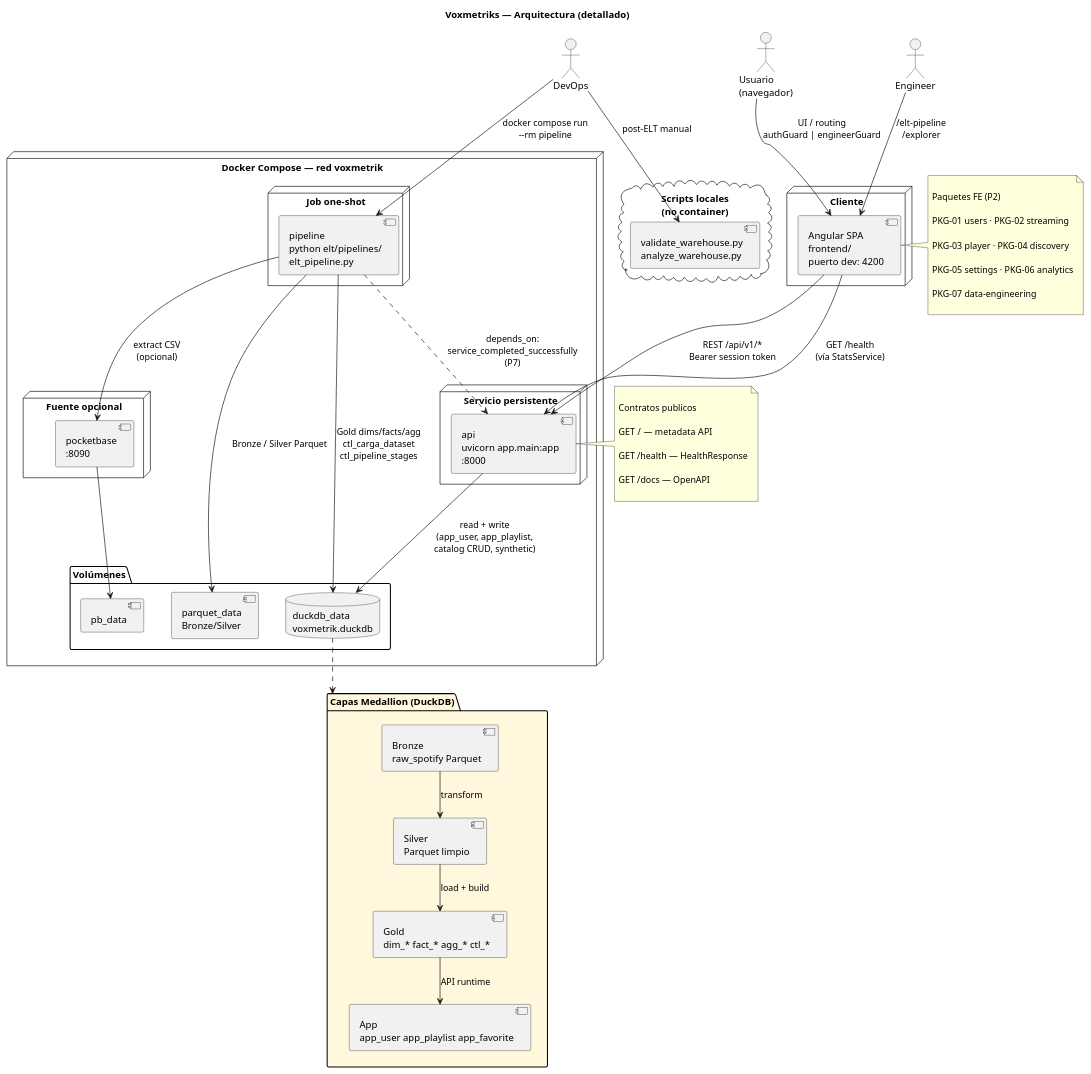
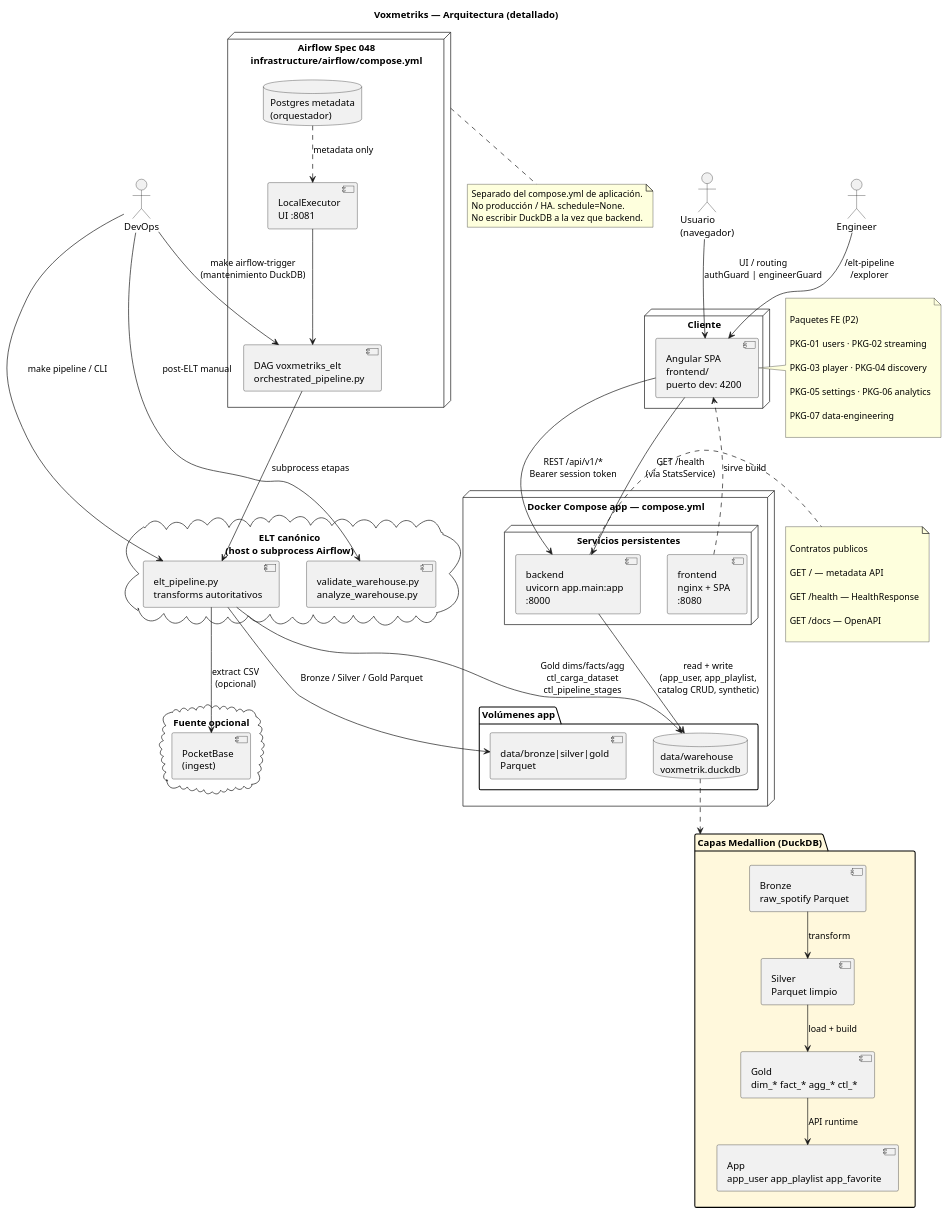
One commit to JosephACS/VOXMETRIKS changed the diagram in docs/uml/architecture/03-architecture-detailed.puml. Above: the diagram before and after it, drawn with PlantUML. The commit also changed 31 other files, not shown here.

Commit message:
feat(elt): orchestrate canonical pipeline with Airflow

```diff
--- a/docs/uml/architecture/03-architecture-detailed.puml
+++ b/docs/uml/architecture/03-architecture-detailed.puml
@@ -1,173 +1,193 @@
 @startuml voxmetriks-architecture-detailed
 
 ' Version detallada original (puede fallar en PlantUML web por card/storage/portin)
 
 ' Usar 03-architecture.puml para export PNG
 
 
 
 skinparam nodesep 40
 
 skinparam ranksep 50
 
 
 
 title Voxmetriks — Arquitectura (detallado)
 
 
 
 actor "Usuario\n(navegador)" as Browser
 
 actor "Engineer" as Eng
 
 actor "DevOps" as Ops
 
 
 
 node "Cliente" {
 
   component "Angular SPA\nfrontend/\npuerto dev: 4200" as SPA
 
 }
 
 
 
-node "Docker Compose — red voxmetrik" as Compose {
+node "Docker Compose app — compose.yml" as Compose {
 
 
 
-  node "Job one-shot" as Job {
+  node "Servicios persistentes" as Svc {
 
-    component "pipeline\npython elt/pipelines/\nelt_pipeline.py" as Pipeline
+    component "backend\nuvicorn app.main:app\n:8000" as API
+
+    component "frontend\nnginx + SPA\n:8080" as FEDocker
 
   }
 
 
 
-  node "Servicio persistente" as Svc {
+  folder "Volúmenes app" as Vol {
 
-    component "api\nuvicorn app.main:app\n:8000" as API
+    database "data/warehouse\nvoxmetrik.duckdb" as VDB
 
-  }
-
-
-
-  node "Fuente opcional" as Src {
-
-    component "pocketbase\n:8090" as PB
-
-  }
-
-
-
-  folder "Volúmenes" as Vol {
-
-    database "duckdb_data\nvoxmetrik.duckdb" as VDB
-
-    component "parquet_data\nBronze/Silver" as VPQ
-
-    component "pb_data" as VPB
+    component "data/bronze|silver|gold\nParquet" as VPQ
 
   }
 
 }
 
 
 
-cloud "Scripts locales\n(no container)" as Local {
+node "Airflow Spec 048\ninfrastructure/airflow/compose.yml" as AF {
+
+
+
+  component "LocalExecutor\nUI :8081" as AirflowUI
+
+  database "Postgres metadata\n(orquestador)" as AFMeta
+
+  component "DAG voxmetriks_elt\norchestrated_pipeline.py" as DAG
+
+}
+
+
+
+cloud "ELT canónico\n(host o subprocess Airflow)" as LocalELT {
+
+  component "elt_pipeline.py\ntransforms autoritativos" as Pipeline
 
   component "validate_warehouse.py\nanalyze_warehouse.py" as Scripts
+
+}
+
+
+
+cloud "Fuente opcional" as Src {
+
+  component "PocketBase\n(ingest)" as PB
 
 }
 
 
 
 Browser --> SPA : UI / routing\nauthGuard | engineerGuard
 
 Eng --> SPA : /elt-pipeline\n/explorer
 
 SPA --> API : REST /api/v1/*\nBearer session token
 
 SPA --> API : GET /health\n(vía StatsService)
 
+FEDocker ..> SPA : sirve build
 
 
-Ops --> Pipeline : docker compose run\n--rm pipeline
+
+Ops --> Pipeline : make pipeline / CLI
+
+Ops --> DAG : make airflow-trigger\n(mantenimiento DuckDB)
 
 Ops --> Scripts : post-ELT manual
 
 
 
+AirflowUI --> DAG
+
+DAG --> Pipeline : subprocess etapas
+
+AFMeta ..> AirflowUI : metadata only
+
+
+
 Pipeline --> PB : extract CSV\n(opcional)
 
-Pipeline --> VPQ : Bronze / Silver Parquet
+Pipeline --> VPQ : Bronze / Silver / Gold Parquet
 
 Pipeline --> VDB : Gold dims/facts/agg\nctl_carga_dataset\nctl_pipeline_stages
 
 API --> VDB : read + write\n(app_user, app_playlist,\ncatalog CRUD, synthetic)
 
 
 
-PB --> VPB
-
-
-
-Pipeline ..> API : depends_on:\nservice_completed_successfully\n(P7)
+note bottom of AF
+  Separado del compose.yml de aplicación.
+  No producción / HA. schedule=None.
+  No escribir DuckDB a la vez que backend.
+end note
 
 
 
 package "Capas Medallion (DuckDB)" as Layers #FFF8DC {
 
   component "Bronze\nraw_spotify Parquet" as B
 
   component "Silver\nParquet limpio" as S
 
   component "Gold\ndim_* fact_* agg_* ctl_*" as G
 
   component "App\napp_user app_playlist app_favorite" as A
 
   B -down-> S : transform
 
   S -down-> G : load + build
 
   G -down-> A : API runtime
 
 }
 
 
 
 VDB ..> Layers
 
 
 
 note right of API
 
   Contratos publicos
 
   GET /  — metadata API
 
   GET /health — HealthResponse
 
   GET /docs — OpenAPI
 
 end note
 
 
 
 note left of SPA
 
   Paquetes FE (P2)
 
   PKG-01 users · PKG-02 streaming
 
   PKG-03 player · PKG-04 discovery
 
   PKG-05 settings · PKG-06 analytics
 
   PKG-07 data-engineering
 
 end note
 
 
 
 @enduml
```
